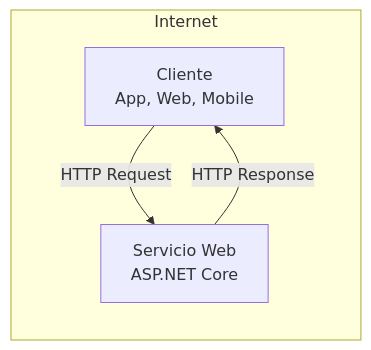
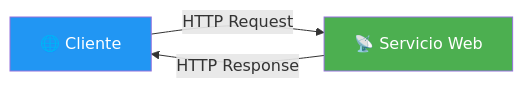
One commit to joseluisgs/DesarrolloWebEntornosServidor-02-2026-2027 changed the first of 7 diagrams in 01-conceptos-servicios.md. Above: the diagram before and after it, drawn with Mermaid. The commit also changed other lines of this file, not shown here.

````diff
--- a/01-conceptos-servicios.md
+++ b/01-conceptos-servicios.md
@@ -78,10 +47,7 @@
 ```mermaid
 flowchart LR
-    A[Cliente<br/>App, Web, Mobile] -->|HTTP Request| B[Servicio Web<br/>ASP.NET Core]
+    A["🌐 Cliente"] -->|HTTP Request| B["📡 Servicio Web"]
     B -->|HTTP Response| A
-    
-    subgraph "Internet"
-        A
-        B
-    end
+    style A fill:#2196F3,color:#fff
+    style B fill:#4CAF50,color:#fff
 ```
````
